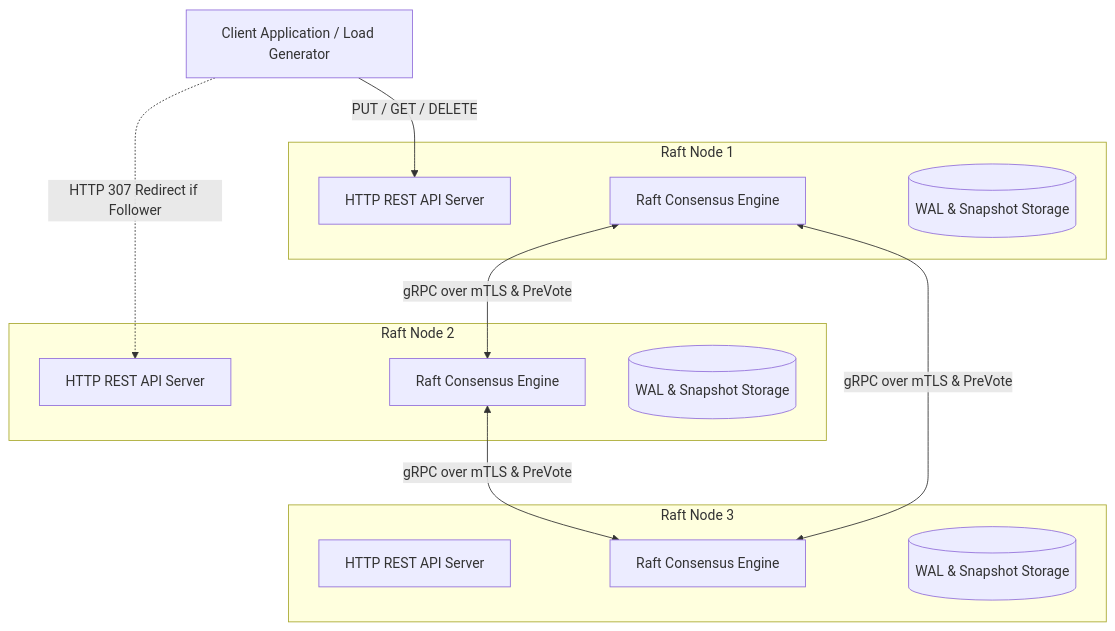
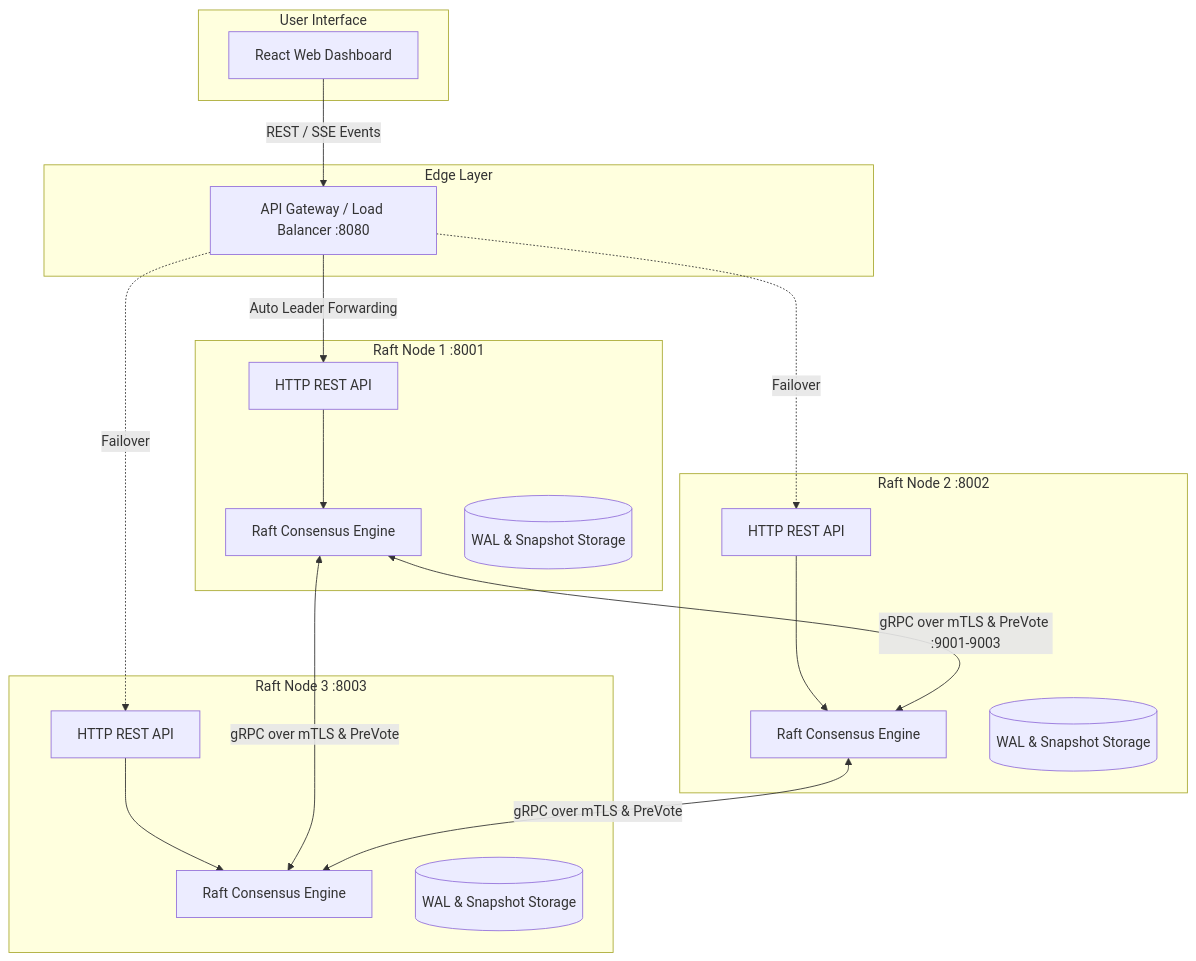
One commit to Aanya019-coder/Distributed_KV_Store_with_Raft_Consensus changed the diagram in README.md. Above: the diagram before and after it, drawn with Mermaid. The commit also changed other lines of this file, not shown here.

Commit message:
docs: expand README with API gateway, web dashboard, and comprehensive deployment guide

````diff
--- a/README.md
+++ b/README.md
@@ -17,27 +18,41 @@
 ```mermaid
 flowchart TD
-    subgraph Node 1 [Raft Node 1]
-        API1[HTTP REST API Server]
+    subgraph Frontend [User Interface]
+        WebUI[React Web Dashboard]
+    end
+
+    subgraph Edge Layer
+        GW[API Gateway / Load Balancer :8080]
+    end
+
+    subgraph Node 1 [Raft Node 1 :8001]
+        API1[HTTP REST API]
         Raft1[Raft Consensus Engine]
         WAL1[(WAL & Snapshot Storage)]
     end
 
-    subgraph Node 2 [Raft Node 2]
-        API2[HTTP REST API Server]
+    subgraph Node 2 [Raft Node 2 :8002]
+        API2[HTTP REST API]
         Raft2[Raft Consensus Engine]
         WAL2[(WAL & Snapshot Storage)]
     end
 
-    subgraph Node 3 [Raft Node 3]
-        API3[HTTP REST API Server]
+    subgraph Node 3 [Raft Node 3 :8003]
+        API3[HTTP REST API]
         Raft3[Raft Consensus Engine]
         WAL3[(WAL & Snapshot Storage)]
     end
 
-    Client[Client Application / Load Generator] -->|PUT / GET / DELETE| API1
-    Client -.->|HTTP 307 Redirect if Follower| API2
+    WebUI -->|REST / SSE Events| GW
+    GW -->|Auto Leader Forwarding| API1
+    GW -.->|Failover| API2
+    GW -.->|Failover| API3
 
-    Raft1 <-->|gRPC over mTLS & PreVote| Raft2
+    API1 --> Raft1
+    API2 --> Raft2
+    API3 --> Raft3
+
+    Raft1 <-->|gRPC over mTLS & PreVote :9001-9003| Raft2
     Raft1 <-->|gRPC over mTLS & PreVote| Raft3
     Raft2 <-->|gRPC over mTLS & PreVote| Raft3
 ```
````
